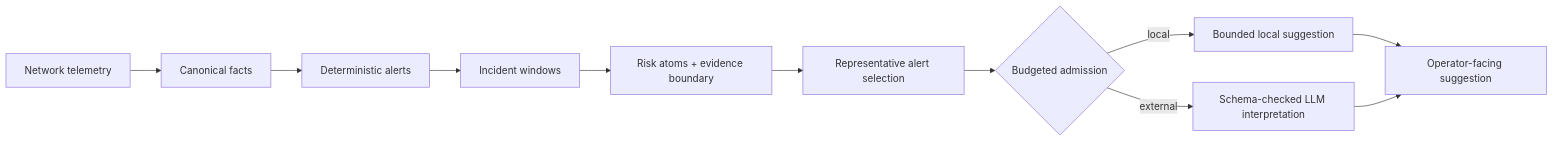
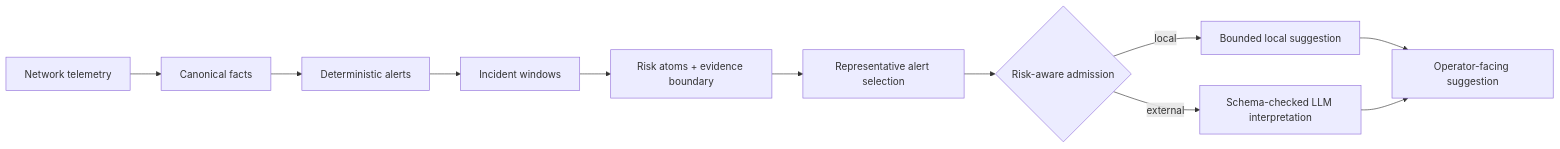
The diagram in README_CN.md (Epochex/AiCS-NetopsDelimitation), drawn with Mermaid before and after one commit. The commit also changed other lines of this file and 1 other file, not shown here.

````diff
--- a/README_CN.md
+++ b/README_CN.md
@@ -25,13 +27,13 @@
 ```mermaid
 flowchart LR
   A["Network telemetry"] --> B["Canonical facts"]
   B --> C["Deterministic alerts"]
   C --> D["Incident windows"]
   D --> E["Risk atoms + evidence boundary"]
   E --> F["Representative alert selection"]
-  F --> G{"Budgeted admission"}
+  F --> G{"Risk-aware admission"}
   G -->|"local"| H["Bounded local suggestion"]
   G -->|"external"| I["Schema-checked LLM interpretation"]
   H --> J["Operator-facing suggestion"]
   I --> J
 ```
````
